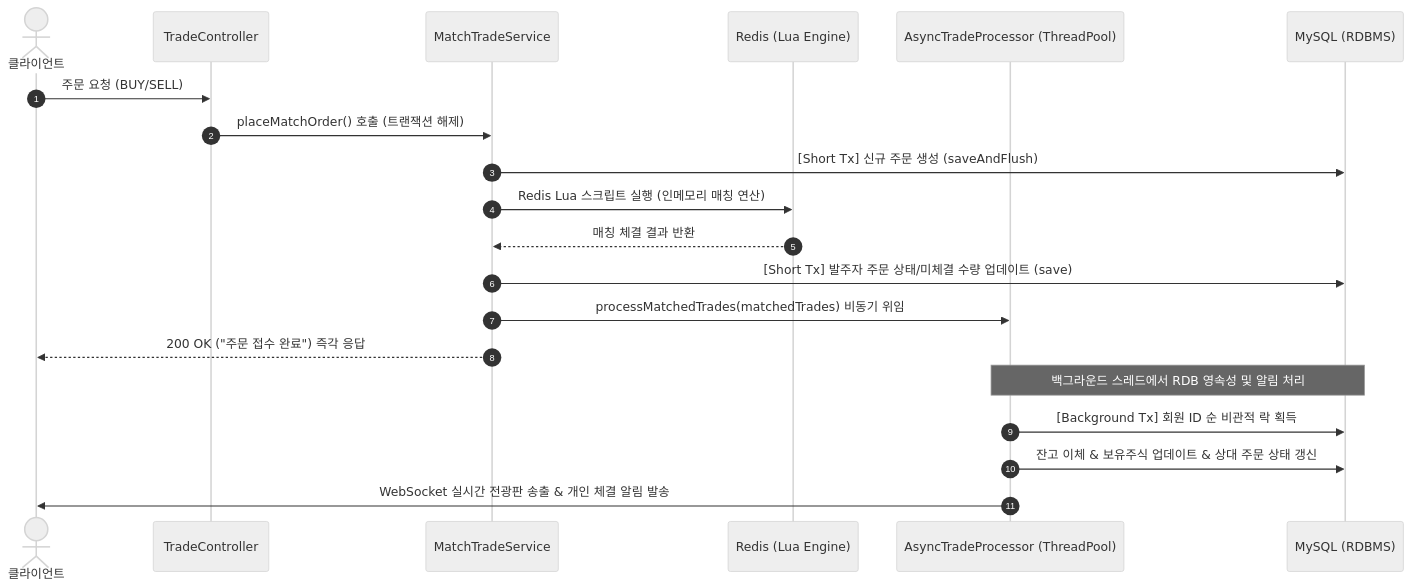
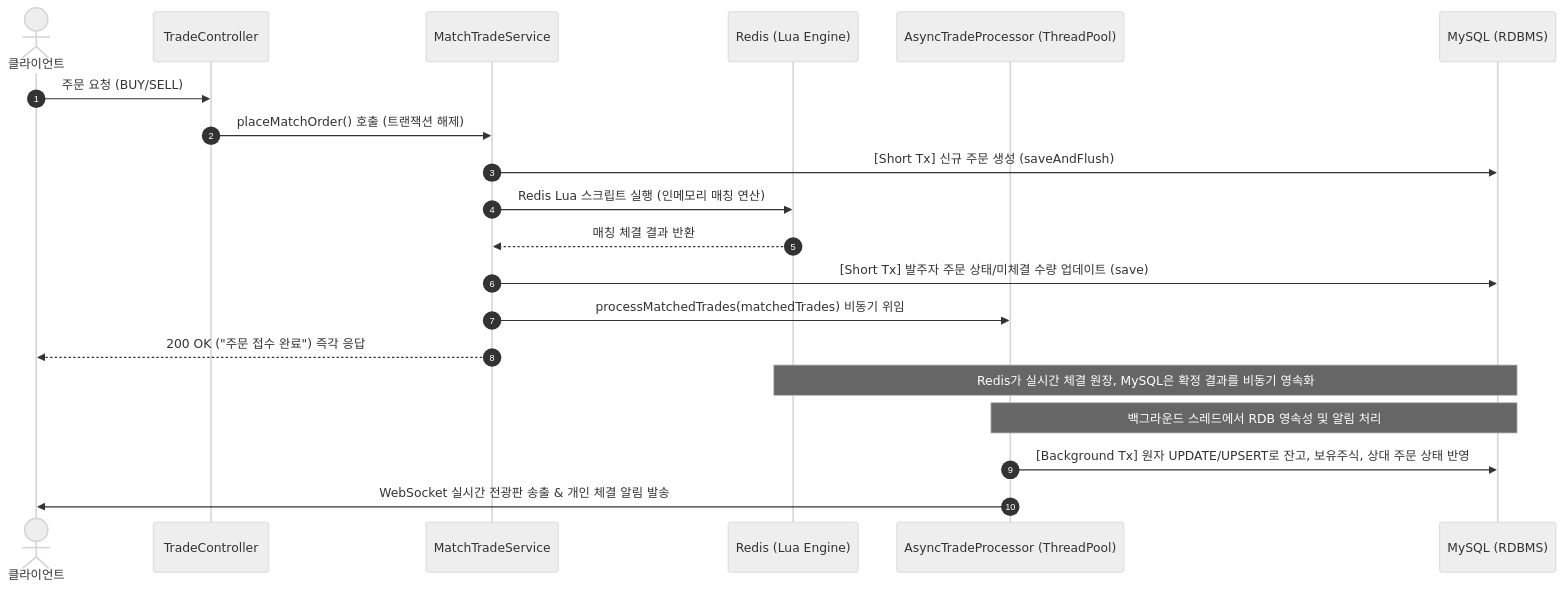
The first of 2 diagrams in README.md (theburiburi/StockSimulator), drawn with Mermaid (neutral theme) before and after one commit. The commit also changed other lines of this file and 11 other files, not shown here.

Commit message:
refactor: redis lua atomic trade flow

````diff
--- a/README.md
+++ b/README.md
@@ -18,24 +18,24 @@
 ```mermaid
 sequenceDiagram
     autonumber
     actor User as 클라이언트
     participant Controller as TradeController
     participant MatchService as MatchTradeService
     participant Redis as Redis (Lua Engine)
     participant Processor as AsyncTradeProcessor (ThreadPool)
     participant DB as MySQL (RDBMS)
 
     User->>Controller: 주문 요청 (BUY/SELL)
     Controller->>MatchService: placeMatchOrder() 호출 (트랜잭션 해제)
     MatchService->>DB: [Short Tx] 신규 주문 생성 (saveAndFlush)
     MatchService->>Redis: Redis Lua 스크립트 실행 (인메모리 매칭 연산)
     Redis-->>MatchService: 매칭 체결 결과 반환
     MatchService->>DB: [Short Tx] 발주자 주문 상태/미체결 수량 업데이트 (save)
     MatchService->>Processor: processMatchedTrades(matchedTrades) 비동기 위임
     MatchService-->>User: 200 OK ("주문 접수 완료") 즉각 응답
     
+    note over Redis, DB: Redis가 실시간 체결 원장, MySQL은 확정 결과를 비동기 영속화
     note over Processor, DB: 백그라운드 스레드에서 RDB 영속성 및 알림 처리
-    Processor->>DB: [Background Tx] 회원 ID 순 비관적 락 획득
-    Processor->>DB: 잔고 이체 & 보유주식 업데이트 & 상대 주문 상태 갱신
+    Processor->>DB: [Background Tx] 원자 UPDATE/UPSERT로 잔고, 보유주식, 상대 주문 상태 반영
     Processor->>User: WebSocket 실시간 전광판 송출 & 개인 체결 알림 발송
 ```
````
